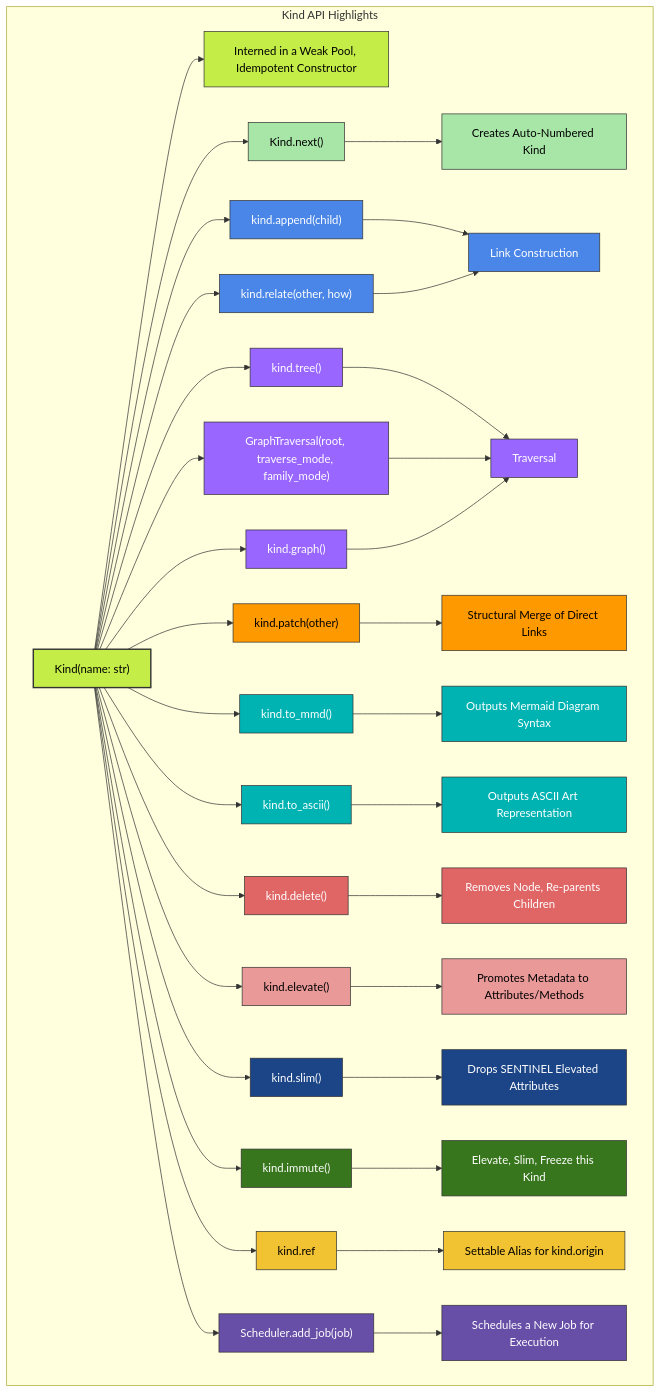
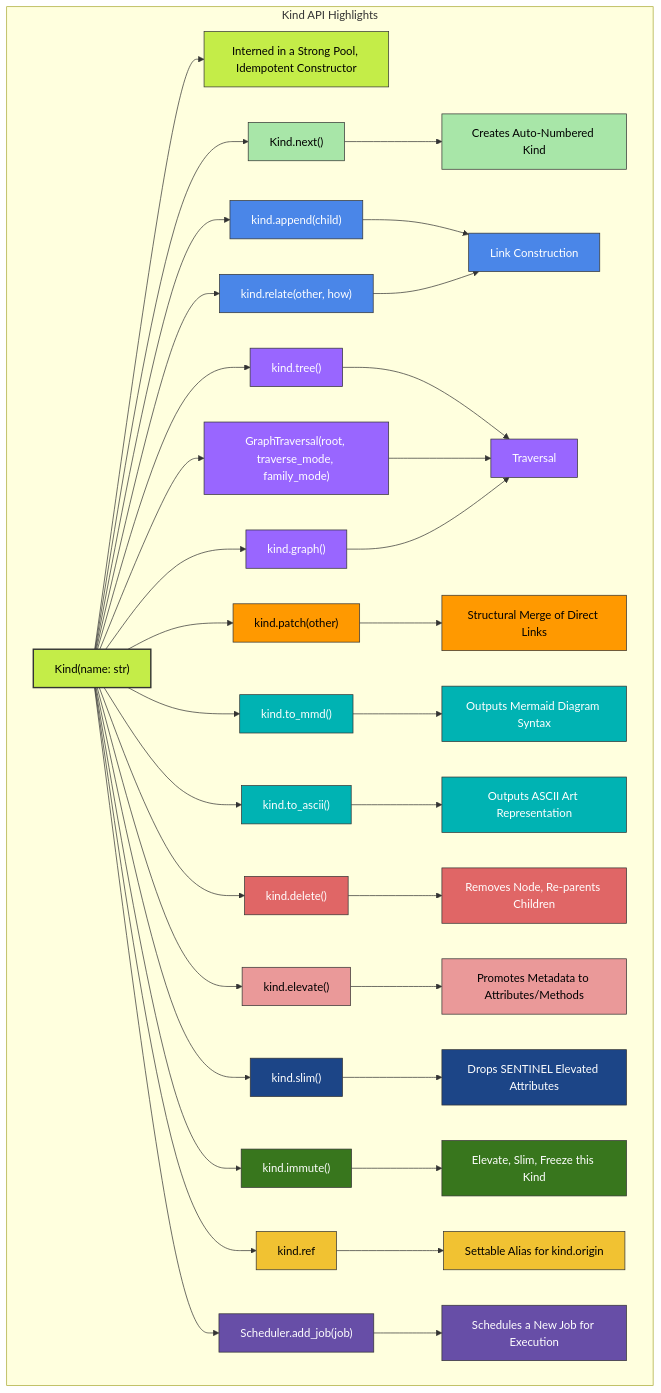
Before and after one commit to ikko/kind: the diagram in docs/topics/8_api_highlights/api_overview.mmd, drawn with Mermaid. The commit also changed 38 other files, not shown here.

First line of the commit message:
A name lives until it is deleted; equal values are one Kind; time views say what they return

```diff
--- a/docs/topics/8_api_highlights/api_overview.mmd
+++ b/docs/topics/8_api_highlights/api_overview.mmd
@@ -1,88 +1,88 @@
 
 graph
     subgraph "Kind API Highlights"
-        A[Kind#40;name: str#41;] --> B[Interned in a Weak Pool, Idempotent Constructor];
+        A[Kind#40;name: str#41;] --> B[Interned in a Strong Pool, Idempotent Constructor];
         A --> C[Kind.next#40;#41;];
         C --> D[Creates Auto-Numbered Kind];
         A --> E[kind.append#40;child#41;];
         A --> F[kind.relate#40;other, how#41;];
         E --> G[Link Construction];
         F --> G;
         A --> H[kind.tree#40;#41;];
         A --> I[GraphTraversal#40;root, traverse_mode, family_mode#41;];
         A --> J[kind.graph#40;#41;];
         H --> K[Traversal];
         I --> K;
         J --> K;
         A --> L[kind.patch#40;other#41;];
         L --> M[Structural Merge of Direct Links];
         A --> N[kind.to_mmd#40;#41;];
         N --> O[Outputs Mermaid Diagram Syntax];
         A --> P[kind.to_ascii#40;#41;];
         P --> Q[Outputs ASCII Art Representation];
         A --> R[kind.delete#40;#41;];
         R --> S[Removes Node, Re-parents Children];
         A --> T[kind.elevate#40;#41;];
         T --> U[Promotes Metadata to Attributes/Methods];
         A --> V[kind.slim#40;#41;];
         V --> W[Drops SENTINEL Elevated Attributes];
         A --> X[kind.immute#40;#41;];
         X --> Y[Elevate, Slim, Freeze this Kind];
         A --> Z[kind.ref];
         Z --> AA[Settable Alias for kind.origin];
         A --> AB[Scheduler.add_job#40;job#41;];
         AB --> AC[Schedules a New Job for Execution];
     end
 
     %% Main Kind node
     style A fill:#c4ed48,stroke:#333,stroke-width:2px,color:#000000;
     style B fill:#c4ed48,stroke:#333,stroke-width:1px,color:#000000;
 
     %% Kind creation group - light green
     style C fill:#a8e6a8,stroke:#333,stroke-width:1px,color:#000000;
     style D fill:#a8e6a8,stroke:#333,stroke-width:1px,color:#000000;
 
     %% Relationship management group - blue
     style E fill:#4a86e8,stroke:#333,stroke-width:1px,color:#ffffff;
     style F fill:#4a86e8,stroke:#333,stroke-width:1px,color:#ffffff;
     style G fill:#4a86e8,stroke:#333,stroke-width:1px,color:#ffffff;
 
     %% Traversal group - purple
     style H fill:#9966ff,stroke:#333,stroke-width:1px,color:#ffffff;
     style I fill:#9966ff,stroke:#333,stroke-width:1px,color:#ffffff;
     style J fill:#9966ff,stroke:#333,stroke-width:1px,color:#ffffff;
     style K fill:#9966ff,stroke:#333,stroke-width:1px,color:#ffffff;
 
     %% Data manipulation group - orange
     style L fill:#ff9900,stroke:#333,stroke-width:1px,color:#000000;
     style M fill:#ff9900,stroke:#333,stroke-width:1px,color:#000000;
 
     %% Visualization group - teal
     style N fill:#00b3b3,stroke:#333,stroke-width:1px,color:#ffffff;
     style O fill:#00b3b3,stroke:#333,stroke-width:1px,color:#ffffff;
     style P fill:#00b3b3,stroke:#333,stroke-width:1px,color:#ffffff;
     style Q fill:#00b3b3,stroke:#333,stroke-width:1px,color:#ffffff;
 
     %% Node management group - red
     style R fill:#e06666,stroke:#333,stroke-width:1px,color:#ffffff;
     style S fill:#e06666,stroke:#333,stroke-width:1px,color:#ffffff;
 
     %% Metadata management group - pink
     style T fill:#ea9999,stroke:#333,stroke-width:1px,color:#000000;
     style U fill:#ea9999,stroke:#333,stroke-width:1px,color:#000000;
 
     %% Optimization group - dark blue
     style V fill:#1c4587,stroke:#333,stroke-width:1px,color:#ffffff;
     style W fill:#1c4587,stroke:#333,stroke-width:1px,color:#ffffff;
 
     %% Lifecycle management group - dark green
     style X fill:#38761d,stroke:#333,stroke-width:1px,color:#ffffff;
     style Y fill:#38761d,stroke:#333,stroke-width:1px,color:#ffffff;
 
     %% Reference management group - gold
     style Z fill:#f1c232,stroke:#333,stroke-width:1px,color:#000000;
     style AA fill:#f1c232,stroke:#333,stroke-width:1px,color:#000000;
 
     %% Scheduling group - dark purple
     style AB fill:#674ea7,stroke:#333,stroke-width:1px,color:#ffffff;
     style AC fill:#674ea7,stroke:#333,stroke-width:1px,color:#ffffff;
```
